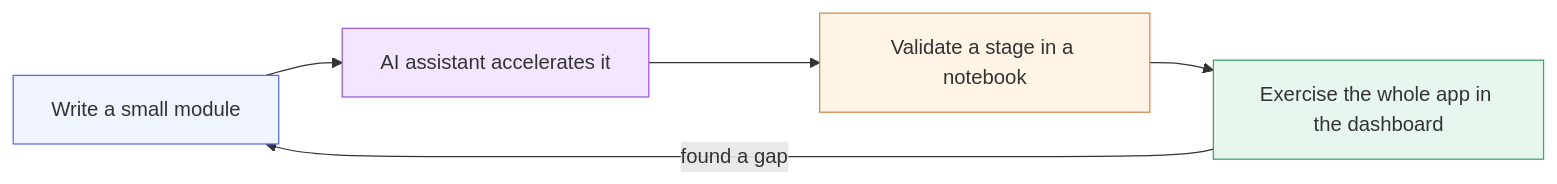
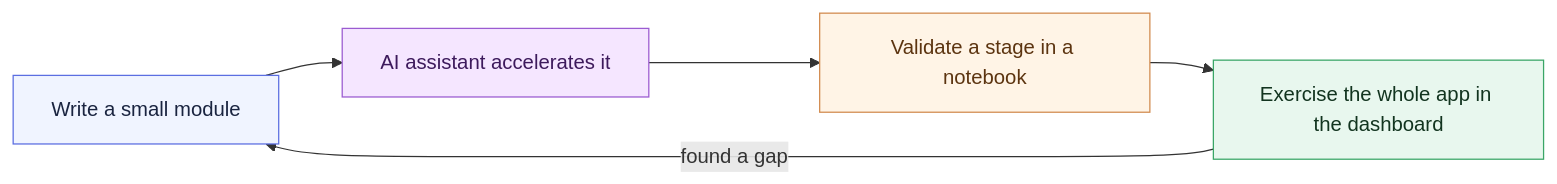
Before and after one commit to LinkedInLearning/docker-for-local-ai-app-development-build-lightweight-containerized-ai-applications-11189001: the second of 2 diagrams in chapter_3/l4/README.md, drawn with Mermaid. The commit also changed other lines of this file and 25 other files, not shown here.

````diff
--- a/chapter_3/l4/README.md
+++ b/chapter_3/l4/README.md
@@ -127,16 +127,16 @@
 ```mermaid
 flowchart LR
     A[Write a small module] --> B[AI assistant accelerates it]
     B --> C[Validate a stage in a notebook]
     C --> D[Exercise the whole app in the dashboard]
     D -->|found a gap| A
 
-    classDef data fill:#f0f4ff,stroke:#5b6ee1,stroke-width:1px;
-    classDef special fill:#f5e6ff,stroke:#9b5bd1,stroke-width:1px;
-    classDef action fill:#fff4e6,stroke:#d28b4f,stroke-width:1px;
-    classDef runtime fill:#e8f7ee,stroke:#3aa667,stroke-width:1px;
+    classDef data fill:#f0f4ff,stroke:#5b6ee1,stroke-width:1px,color:#1a2440;
+    classDef special fill:#f5e6ff,stroke:#9b5bd1,stroke-width:1px,color:#3d1a5c;
+    classDef action fill:#fff4e6,stroke:#d28b4f,stroke-width:1px,color:#5c3410;
+    classDef runtime fill:#e8f7ee,stroke:#3aa667,stroke-width:1px,color:#12341f;
     class A data;
     class B special;
     class C action;
     class D runtime;
 ```
````
